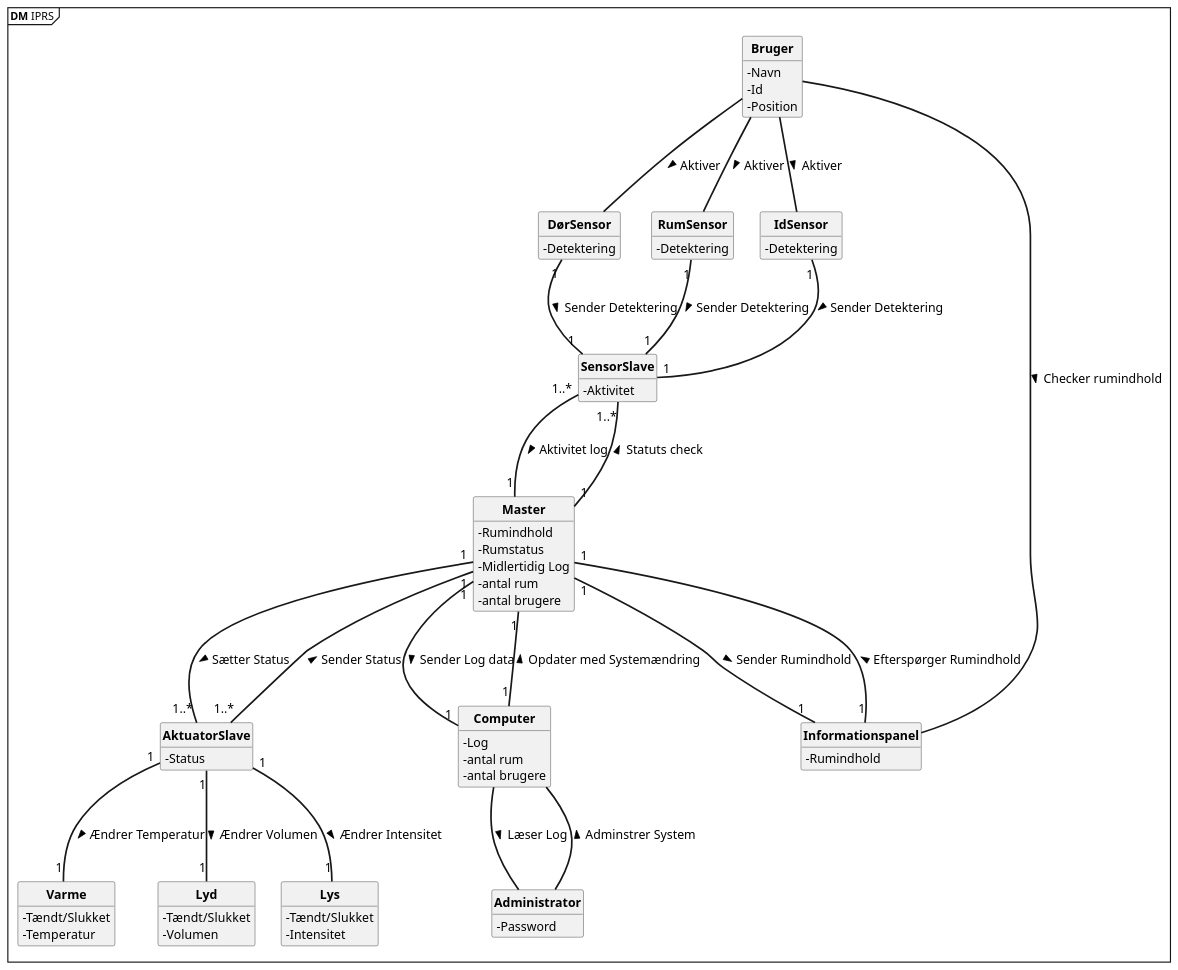
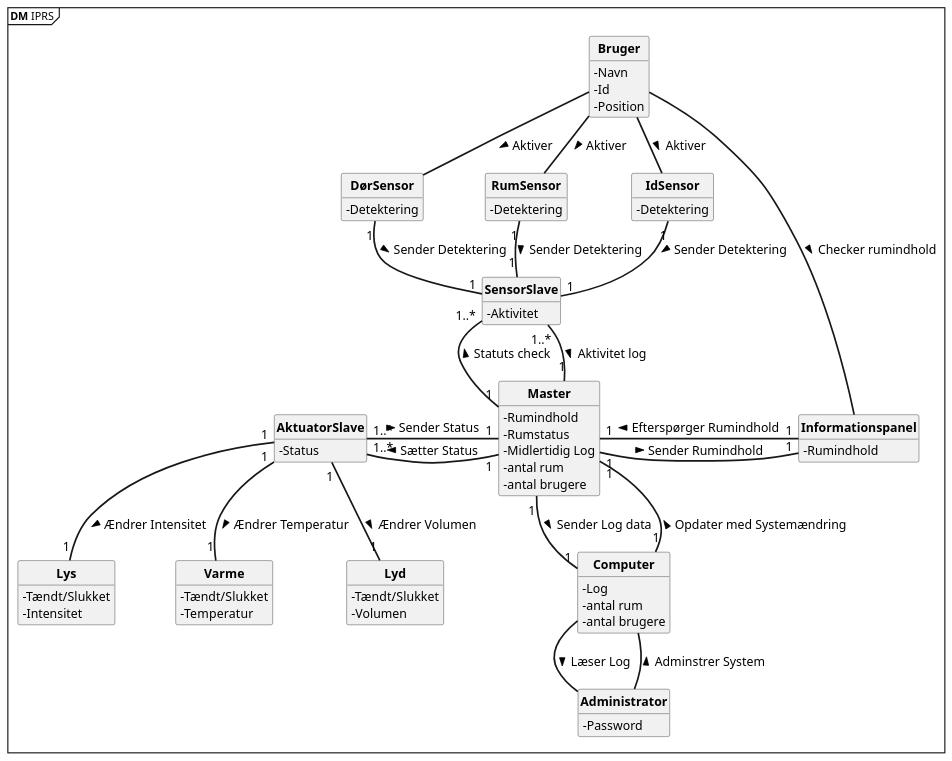
One commit to Tukkel/Projekt_2 changed the diagram in Updated SysML/Sytem sepc/DM IPRS.puml. Above: the diagram before and after it, drawn with PlantUML. The commit also changed 1 other file, not shown here.

```diff
--- a/Updated SysML/Sytem sepc/DM IPRS.puml
+++ b/Updated SysML/Sytem sepc/DM IPRS.puml
@@ -1,112 +1,112 @@
 @startuml DM IPRS
 ' Default param deffinition
 skinparam style strictuml
 skinparam DefaultFontSize 16
 skinparam DefaultFontName times new roman
 skinparam ArrowFontSize 16
 skinparam ArrowThickness 2.2
 skinparam Linetype poly
-skinparam ranksep 100
-skinparam nodesep 10
+skinparam ranksep 50
+skinparam nodesep 50
 skinparam ClassAttributeIconSize 0
 hide empty members
 
 
 mainframe **DM** IPRS
 
 ' Class definition
 
 
 Class "**SensorSlave**" as SS{
 - Aktivitet
 }
 
 Class "**DørSensor**" as DS{
 - Detektering
 }
 
 Class "**RumSensor**" as RS{
 - Detektering
 }
 
 Class "**IdSensor**" as IS{
 - Detektering
 }
 
 Class "**AktuatorSlave**" as AS{
 - Status
 }
 
 Class "**Varme**" as V{
 - Tændt/Slukket
 - Temperatur
 }
 
 Class "**Lyd**" as LD{
 - Tændt/Slukket
 - Volumen
 }
 
 Class "**Lys**" as LS{
 - Tændt/Slukket
 - Intensitet
 }
 
 Class "**Bruger**" as BR{
 - Navn
 - Id
 - Position
 }
 
 
 Class  "**Master**" as ME{
 - Rumindhold
 - Rumstatus
 - Midlertidig Log
 - antal rum
 - antal brugere
 }
 
 Class "**Computer**" as COM{
 - Log
 - antal rum
 - antal brugere
 }
 
 Class "**Informationspanel**" as INFO {
 - Rumindhold
 }
 
 Class "**Administrator**" as ADMIN {
 - Password
 }
 
 ' Conection definition
 BR -- INFO : > Checker rumindhold
 
 SS "1..*" -- "1" ME : > Aktivitet log
 SS "1..*" -- "1" ME : < Statuts check
 
 ME "1" -- "1" COM : > Sender Log data
 ME "1" -- "1" COM : < Opdater med Systemændring
-ME "1" -- "1" INFO : > Sender Rumindhold
-ME "1" -- "1" INFO : < Efterspørger Rumindhold
+ME "1" - "1" INFO : > Sender Rumindhold
+ME "1" - "1" INFO : < Efterspørger Rumindhold
 
 RS "1" -- "1" SS : > Sender Detektering
 DS "1" -- "1" SS : > Sender Detektering
 IS "1" -- "1" SS : > Sender Detektering
 
 BR -- IS : > Aktiver
 BR -- DS : > Aktiver
 BR -- RS : > Aktiver
 
 ADMIN -- COM  : > Adminstrer System
 COM -- ADMIN : > Læser Log
 
-ME "1" -- "1..*" AS : > Sætter Status
+ME "1" --left-- "1..*" AS : > Sætter Status
 ME "1" -- "1..*" AS : < Sender Status
 
 AS "1" -- "1" LS : > Ændrer Intensitet 
 AS "1" -- "1" LD : > Ændrer Volumen
 AS "1" -- "1" V : > Ændrer Temperatur
 @enduml
```
